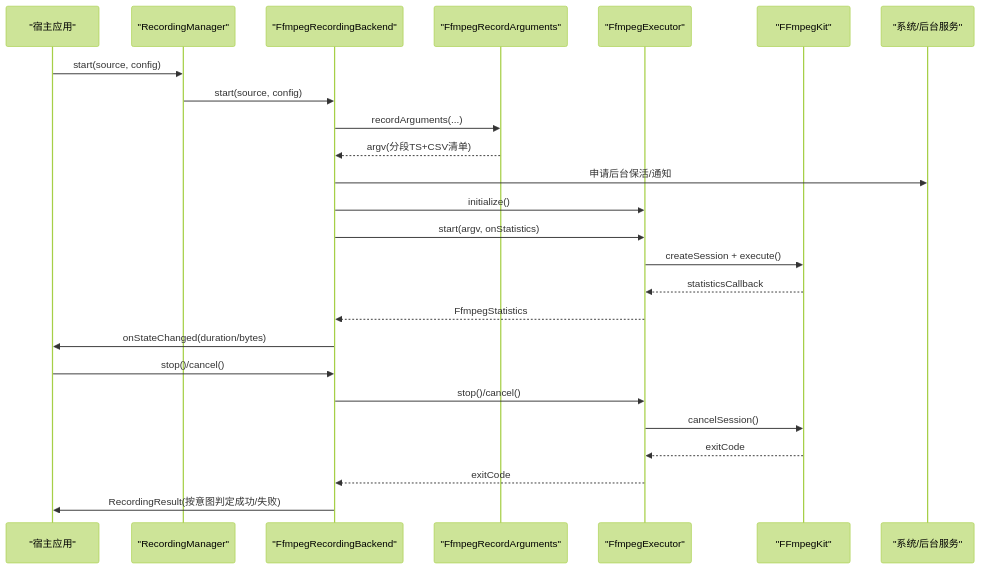
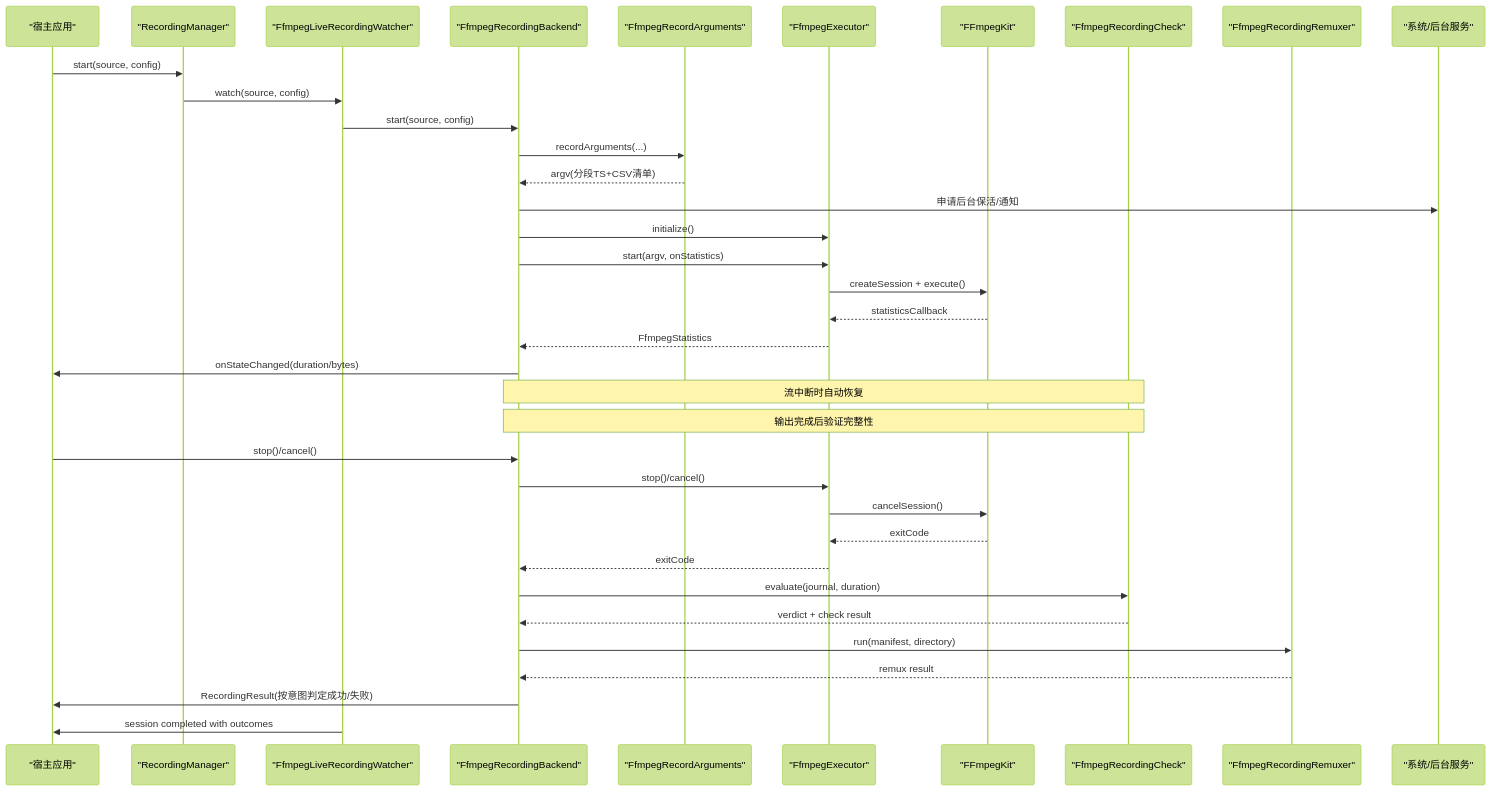
One commit to SSSherlocked/media_core changed the second of 9 diagrams in .qoder/repowiki/zh/content/高级功能/FFmpeg 录播.md. Above: the diagram before and after it, drawn with Mermaid (forest theme). The commit also changed other lines of this file and 6 other files, not shown here.

````diff
--- a/.qoder/repowiki/zh/content/高级功能/FFmpeg 录播.md
+++ b/.qoder/repowiki/zh/content/高级功能/FFmpeg 录播.md
@@ -74,27 +116,38 @@
 ```mermaid
 sequenceDiagram
 participant Host as "宿主应用"
 participant Manager as "RecordingManager"
+participant Watcher as "FfmpegLiveRecordingWatcher"
 participant Backend as "FfmpegRecordingBackend"
 participant Args as "FfmpegRecordArguments"
 participant Exec as "FfmpegExecutor"
 participant Kit as "FFmpegKit"
+participant Verifier as "FfmpegRecordingCheck"
+participant Remuxer as "FfmpegRecordingRemuxer"
 participant OS as "系统/后台服务"
 Host->>Manager : start(source, config)
-Manager->>Backend : start(source, config)
+Manager->>Watcher : watch(source, config)
+Watcher->>Backend : start(source, config)
 Backend->>Args : recordArguments(...)
 Args-->>Backend : argv(分段TS+CSV清单)
 Backend->>OS : 申请后台保活/通知
 Backend->>Exec : initialize()
 Backend->>Exec : start(argv, onStatistics)
 Exec->>Kit : createSession + execute()
 Kit-->>Exec : statisticsCallback
 Exec-->>Backend : FfmpegStatistics
 Backend->>Host : onStateChanged(duration/bytes)
+Note over Backend,Verifier : 流中断时自动恢复
+Note over Backend,Verifier : 输出完成后验证完整性
 Host->>Backend : stop()/cancel()
 Backend->>Exec : stop()/cancel()
 Exec->>Kit : cancelSession()
 Kit-->>Exec : exitCode
 Exec-->>Backend : exitCode
+Backend->>Verifier : evaluate(journal, duration)
+Verifier-->>Backend : verdict + check result
+Backend->>Remuxer : run(manifest, directory)
+Remuxer-->>Backend : remux result
 Backend->>Host : RecordingResult(按意图判定成功/失败)
+Watcher->>Host : session completed with outcomes
 ```
````
